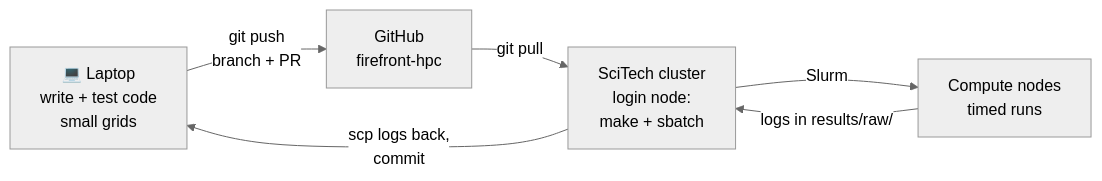
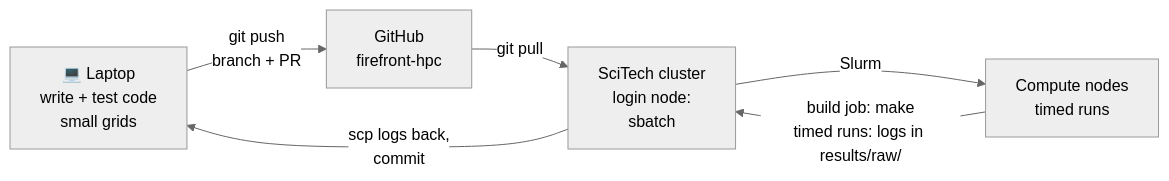
The first of 2 diagrams in README.md (sanadhamadd/firefront-hpc), drawn with Mermaid (neutral theme) before and after one commit. The commit also changed other lines of this file and 15 other files, not shown here.

Commit message:
Fit Slurm jobs to the student QOS: build on a compute node, one thread series per job, log node sharing

````diff
--- a/README.md
+++ b/README.md
@@ -113,8 +113,8 @@
 ```mermaid
 flowchart LR
     A["💻 Laptop<br/>write + test code<br/>small grids"] -->|git push<br/>branch + PR| B["GitHub<br/>firefront-hpc"]
-    B -->|git pull| C["SciTech cluster<br/>login node:<br/>make + sbatch"]
+    B -->|git pull| C["SciTech cluster<br/>login node:<br/>sbatch"]
     C -->|Slurm| D["Compute nodes<br/>timed runs"]
-    D -->|"logs in results/raw/"| C
+    D -->|"build job: make<br/>timed runs: logs in results/raw/"| C
     C -->|scp logs back,<br/>commit| A
 ```
````
